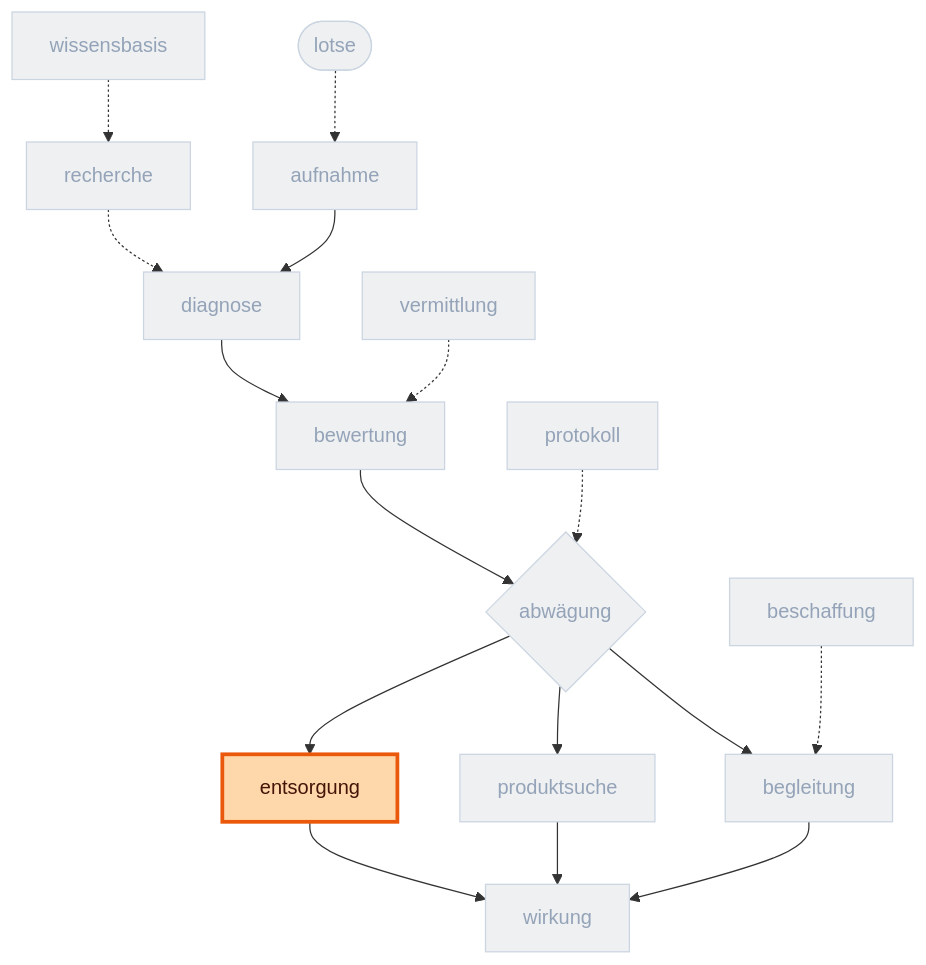
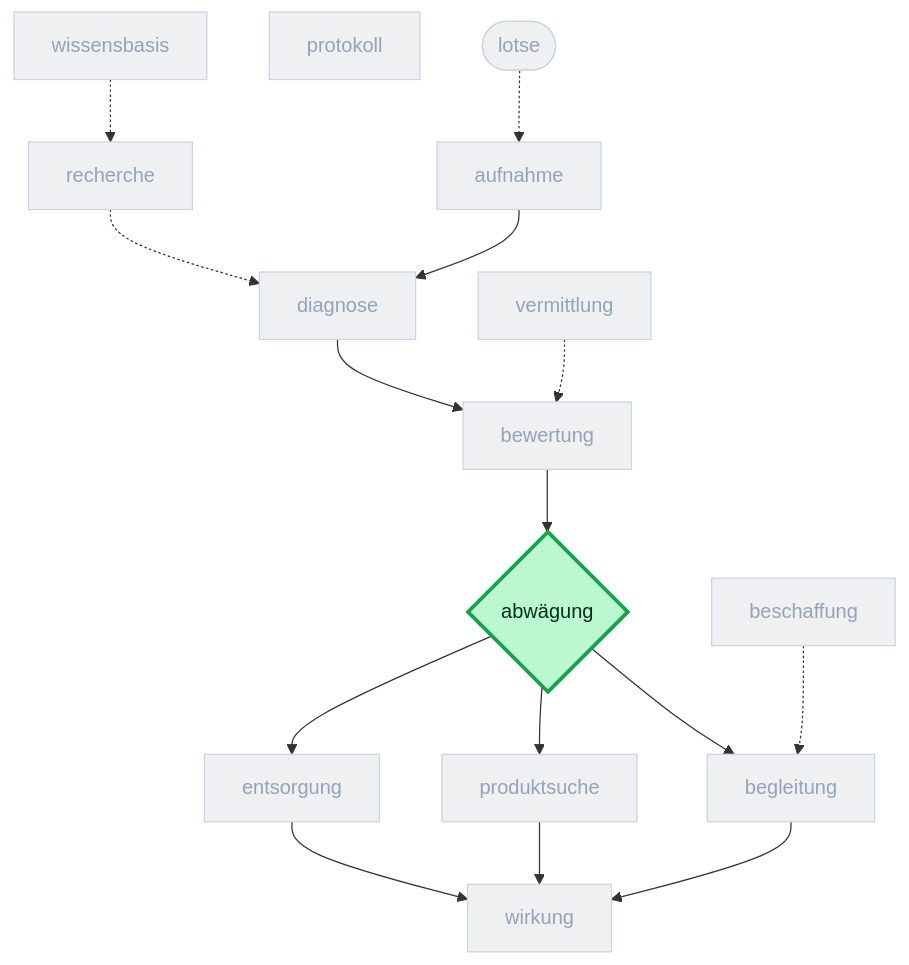
One commit to DigitaleOberlausitz/hackathon2026_RepairApp changed the tenth of 15 diagrams in docs/folien/runtime-roles.adoc. Above: the diagram before and after it, drawn with Mermaid. The commit also changed other lines of this file and 2 other files, not shown here.

First line of the commit message:
docs(folien): Rollen-Folien narrativ (just-in-time) ordnen + schärfere Diagramme

```diff
--- a/docs/folien/runtime-roles.adoc
+++ b/docs/folien/runtime-roles.adoc
@@ -524,31 +546,30 @@
 [mermaid]
 ....
 flowchart TB
   classDef dim fill:#eef0f2,stroke:#cbd5e1,color:#94a3b8
-  classDef active fill:#fed7aa,stroke:#ea580c,stroke-width:3px,color:#431407
+  classDef active fill:#bbf7d0,stroke:#16a34a,stroke-width:3px,color:#052e16
   lotse([lotse]):::dim
   aufnahme[aufnahme]:::dim
   diagnose[diagnose]:::dim
   bewertung[bewertung]:::dim
   abwaegung{abwägung}:::dim
   begleitung[begleitung]:::dim
   produktsuche[produktsuche]:::dim
   entsorgung[entsorgung]:::dim
   wirkung[wirkung]:::dim
   recherche[recherche]:::dim
   vermittlung[vermittlung]:::dim
   beschaffung[beschaffung]:::dim
   protokoll[protokoll]:::dim
   wissensbasis[wissensbasis]:::dim
   lotse -.-> aufnahme
   aufnahme --> diagnose --> bewertung --> abwaegung
   abwaegung --> begleitung --> wirkung
   abwaegung --> produktsuche --> wirkung
   abwaegung --> entsorgung --> wirkung
   recherche -.-> diagnose
   vermittlung -.-> bewertung
   beschaffung -.-> begleitung
-  protokoll -.-> abwaegung
   wissensbasis -.-> recherche
-  class entsorgung active
+  class abwaegung active
 ....
```
